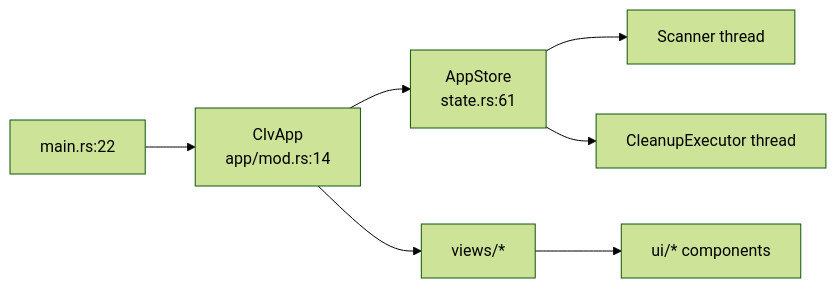
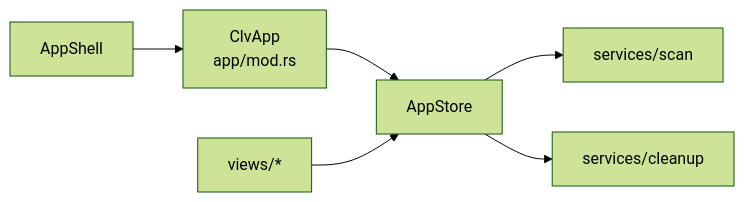
Before and after one commit to sopaco/CLV3000-Plus: the fourth of 6 diagrams in .terrain/human/2.Architecture.md, drawn with Mermaid (forest theme). The commit also changed other lines of this file and 15 other files, not shown here.

````diff
--- a/.terrain/human/2.Architecture.md
+++ b/.terrain/human/2.Architecture.md
@@ -133,9 +139,8 @@
 ```mermaid
 graph LR
-    Main["main.rs:22"] --> ClvApp["ClvApp<br/>app/mod.rs:14"]
-    ClvApp --> AppStore["AppStore<br/>state.rs:61"]
-    ClvApp --> Views["views/*"]
-    AppStore --> ScannerThread["Scanner thread"]
-    AppStore --> CleanupThread["CleanupExecutor thread"]
-    Views --> UI["ui/* components"]
+    ClvApp["ClvApp<br/>app/mod.rs"] --> Store["AppStore"]
+    Store --> ScanSvc["services/scan"]
+    Store --> CleanSvc["services/cleanup"]
+    Views["views/*"] --> Store
+    Shell["AppShell"] --> ClvApp
 ```
````
